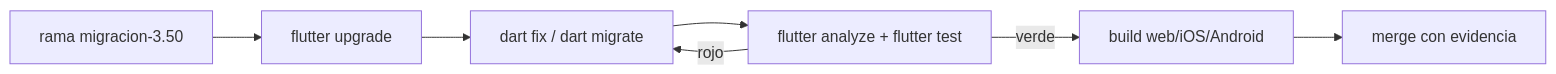
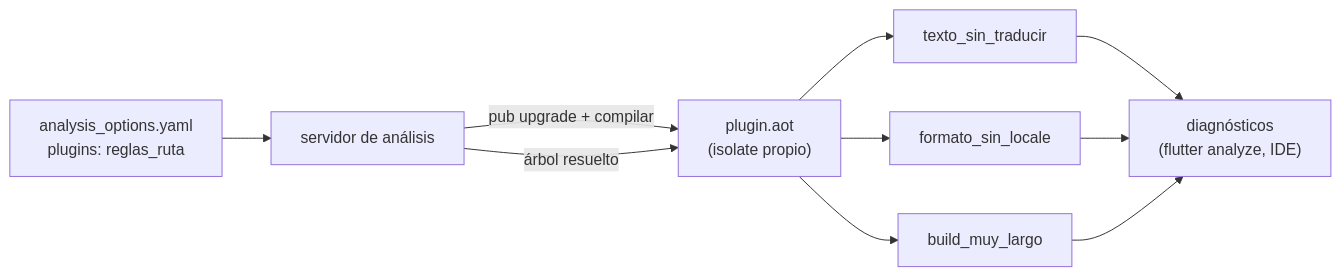
One commit to NICORUIZ93/The_Imperial_Book changed the second of 4 diagrams in web/public/content/flutter/modulo-15.md. Above: the diagram before and after it, drawn with Mermaid. The commit also changed other lines of this file and 8 other files, not shown here.

First line of the commit message:
Flutter M15: internacionalización con RTL, plugin del analizador, migración a material_ui y chat en streaming

````diff
--- a/web/public/content/flutter/modulo-15.md
+++ b/web/public/content/flutter/modulo-15.md
@@ -444,9 +819,12 @@
 ```mermaid
 flowchart LR
-    A["rama migracion-3.50"] --> B["flutter upgrade"]
-    B --> C["dart fix / dart migrate"]
-    C --> D["flutter analyze + flutter test"]
-    D -->|"verde"| E["build web/iOS/Android"]
-    D -->|"rojo"| C
-    E --> F["merge con evidencia"]
+    AO["analysis_options.yaml<br/>plugins: reglas_ruta"] --> AS["servidor de análisis"]
+    AS -->|"pub upgrade + compilar"| P["plugin.aot<br/>(isolate propio)"]
+    AS -->|"árbol resuelto"| P
+    P --> R1["texto_sin_traducir"]
+    P --> R2["formato_sin_locale"]
+    P --> R3["build_muy_largo"]
+    R1 --> D["diagnósticos<br/>(flutter analyze, IDE)"]
+    R2 --> D
+    R3 --> D
 ```
````
